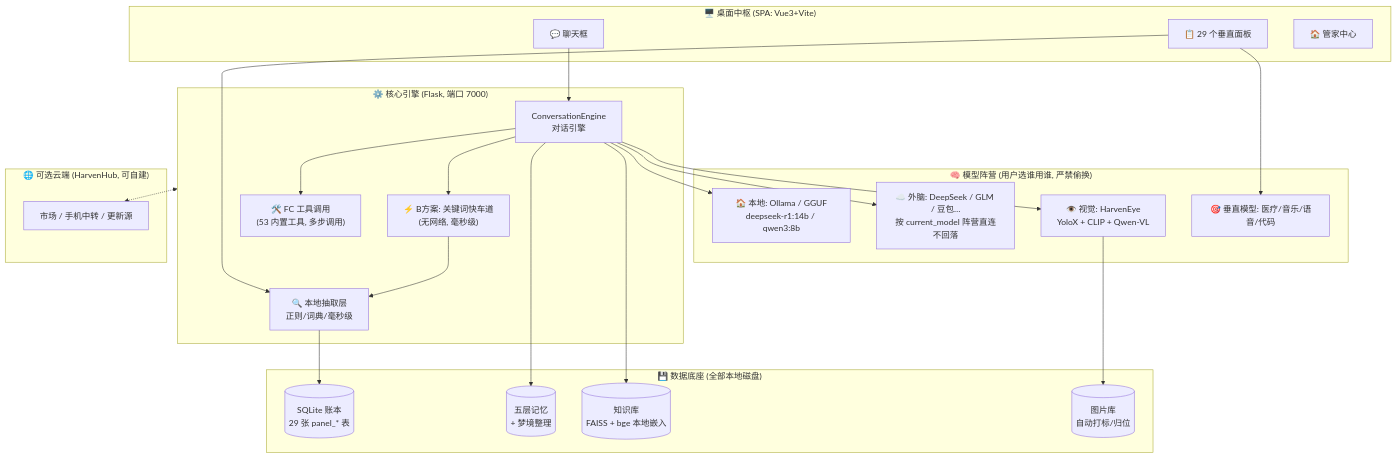
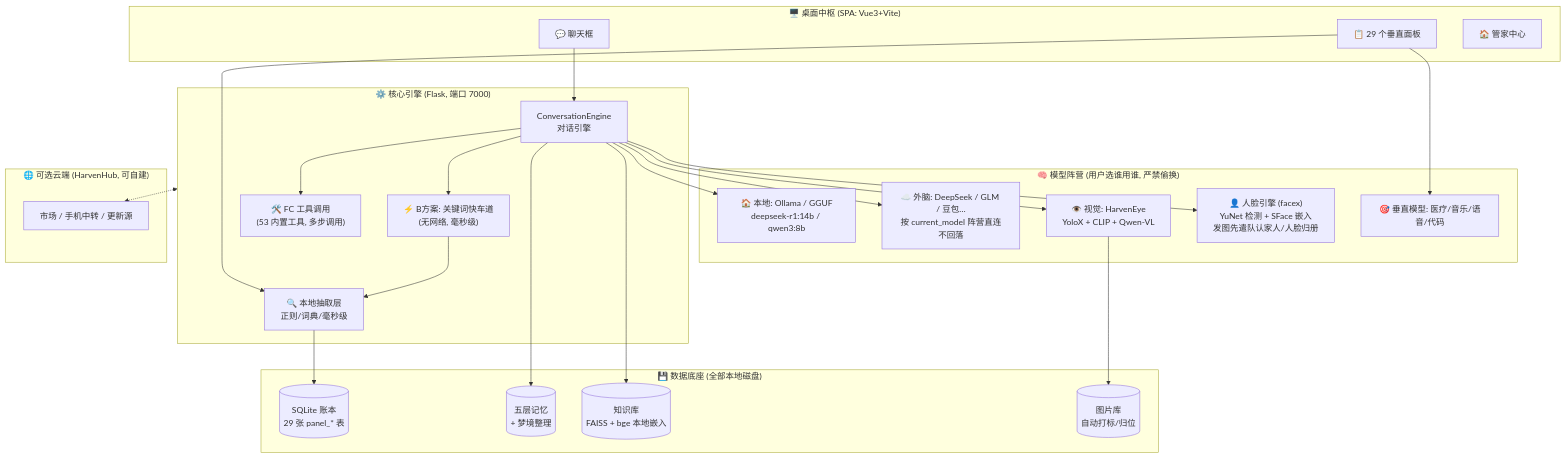
Before and after one commit to AmenMonk/Harven: the diagram in ARCHITECTURE.md, drawn with Mermaid. The commit also changed other lines of this file, not shown here.

Commit message:
架构图补漏: facex人脸引擎(YuNet+SFace)入全景图+技术栈

````diff
--- a/ARCHITECTURE.md
+++ b/ARCHITECTURE.md
@@ -39,47 +39,49 @@
 ```mermaid
 flowchart TB
     subgraph UI["🖥️ 桌面中枢 (SPA: Vue3+Vite)"]
         Chat["💬 聊天框"]
         Panels["📋 29 个垂直面板"]
         ButlerUI["🏠 管家中心"]
     end
 
     subgraph Core["⚙️ 核心引擎 (Flask, 端口 7000)"]
         Engine["ConversationEngine<br/>对话引擎"]
         Fast["⚡ B方案: 关键词快车道<br/>(无网络, 毫秒级)"]
         FC["🛠️ FC 工具调用<br/>(53 内置工具, 多步调用)"]
         Extract["🔍 本地抽取层<br/>正则/词典/毫秒级"]
     end
 
     subgraph Models["🧠 模型阵营 (用户选谁用谁, 严禁偷换)"]
         Local["🏠 本地: Ollama / GGUF<br/>deepseek-r1:14b / qwen3:8b"]
         Cloud["☁️ 外脑: DeepSeek / GLM / 豆包…<br/>按 current_model 阵营直连不回落"]
         Vision["👁️ 视觉: HarvenEye<br/>YoloX + CLIP + Qwen-VL"]
+        Face["👤 人脸引擎 (facex)<br/>YuNet 检测 + SFace 嵌入<br/>发图先遣队认家人/人脸归册"]
         Vertical["🎯 垂直模型: 医疗/音乐/语音/代码"]
     end
 
     subgraph Data["💾 数据底座 (全部本地磁盘)"]
         SQLite[("SQLite 账本<br/>29 张 panel_* 表")]
         Memory[("五层记忆<br/>+ 梦境整理")]
         KB[("知识库<br/>FAISS + bge 本地嵌入")]
         Photos[("图片库<br/>自动打标/归位")]
     end
 
     subgraph Cloud2["🌐 可选云端 (HarvenHub, 可自建)"]
         Hub["市场 / 手机中转 / 更新源"]
     end
 
     Chat --> Engine
     Panels --> Extract
     Engine --> Fast --> Extract
     Engine --> FC
     Engine --> Local
     Engine --> Cloud
     Engine --> Vision
+    Engine --> Face
     Panels --> Vertical
     Extract --> SQLite
     Engine --> Memory
     Engine --> KB
     Vision --> Photos
     Core <-.-> Hub
 ```
````
